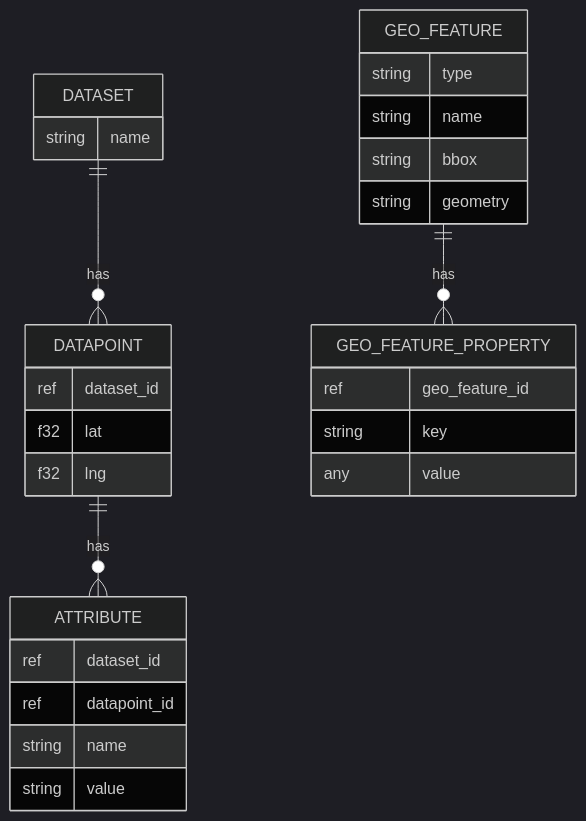
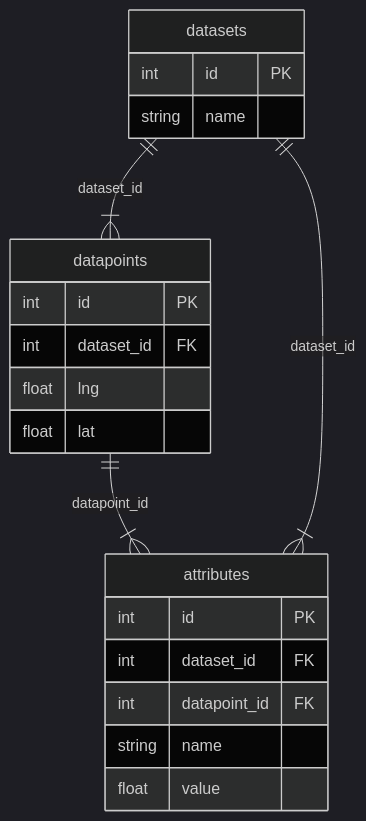
Before and after one commit to Light-Keeper/geography-data-mapper: the diagram in README.md, drawn with Mermaid (dark theme). The commit also changed 2 other files, not shown here.

````diff
--- a/README.md
+++ b/README.md
@@ -8,37 +8,26 @@
 ```mermaid
 erDiagram
-    DATASET ||--o{ DATAPOINT : has
-    DATAPOINT ||--o{ ATTRIBUTE : has
-    
-    DATASET {
+    datasets ||--|{ datapoints : dataset_id
+    datapoints ||--|{ attributes : datapoint_id
+    datasets ||--|{ attributes : dataset_id
+
+    datasets {
+        int id PK
         string name
     }
+
+    datapoints {
+        int id PK
+        int dataset_id FK
+        float lng
+        float lat
+    }
     
-    DATAPOINT {
-        ref dataset_id
-        f32 lat
-        f32 lng
-    }
-
-    ATTRIBUTE {
-        ref dataset_id
-        ref datapoint_id
+    attributes {
+        int id PK
+        int dataset_id FK
+        int datapoint_id FK
         string name
-        string value
-    }
-
-    GEO_FEATURE ||--o{ GEO_FEATURE_PROPERTY : has
-
-    GEO_FEATURE {
-        string type
-        string name
-        string bbox
-        string geometry
-    }
-
-    GEO_FEATURE_PROPERTY {
-        ref geo_feature_id
-        string key
-        any value
+        float value
     }
 ```
````
